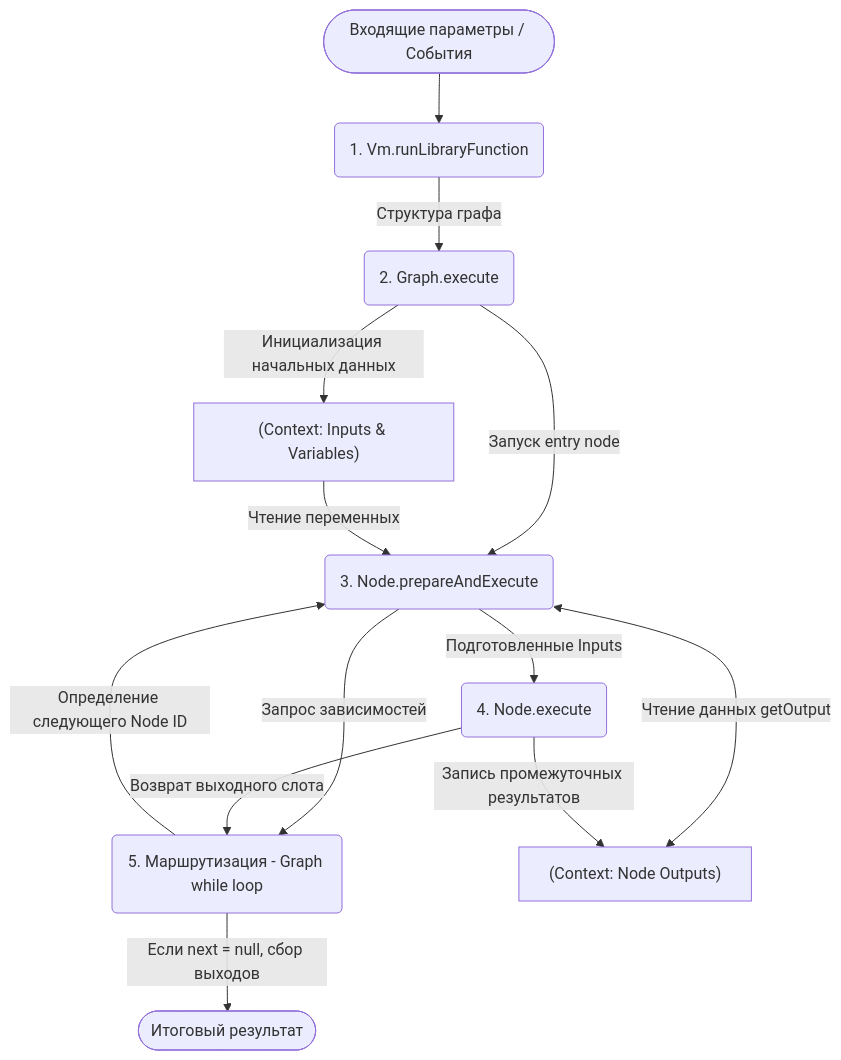
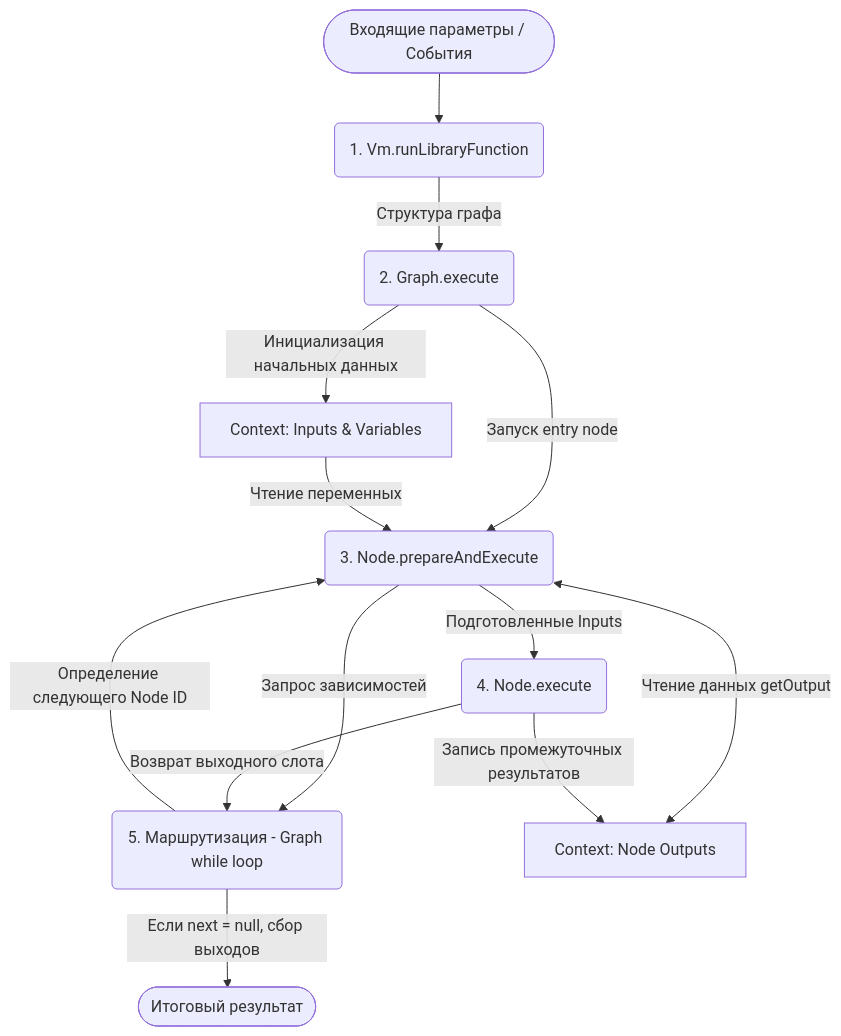
Before and after one commit to nimblemo/reverse-engeneering-skill: the sixth of 15 diagrams in reports/bluep-js/re-report.md, drawn with Mermaid. The commit also changed other lines of this file, not shown here.

````diff
--- a/reports/bluep-js/re-report.md
+++ b/reports/bluep-js/re-report.md
@@ -311,31 +311,31 @@
 ```mermaid
   flowchart TD
       Inputs([Входящие параметры / События])
       Outputs([Итоговый результат])
 
       VMCore("1. Vm.runLibraryFunction")
       GraphInit("2. Graph.execute")
       NodePrep("3. Node.prepareAndExecute")
       NodeExec("4. Node.execute")
       GraphRout("5. Маршрутизация - Graph while loop")
 
-      CtxInputs["(Context: Inputs & Variables)"]
-      CtxOutputs["(Context: Node Outputs)"]
+      CtxInputs["Context: Inputs & Variables"]
+      CtxOutputs["Context: Node Outputs"]
 
       Inputs --> VMCore
       VMCore -->|Структура графа| GraphInit
       GraphInit -->|Инициализация начальных данных| CtxInputs
 
       GraphInit -->|Запуск entry node| NodePrep
 
       NodePrep -->|Запрос зависимостей| GraphRout
       NodePrep <-->|Чтение данных getOutput| CtxOutputs
       CtxInputs -->|Чтение переменных| NodePrep
 
       NodePrep -->|Подготовленные Inputs| NodeExec
       NodeExec -->|Запись промежуточных результатов| CtxOutputs
       NodeExec -->|Возврат выходного слота| GraphRout
 
       GraphRout -->|Определение следующего Node ID| NodePrep
       GraphRout -->|Если next = null, сбор выходов| Outputs
 ```
````
